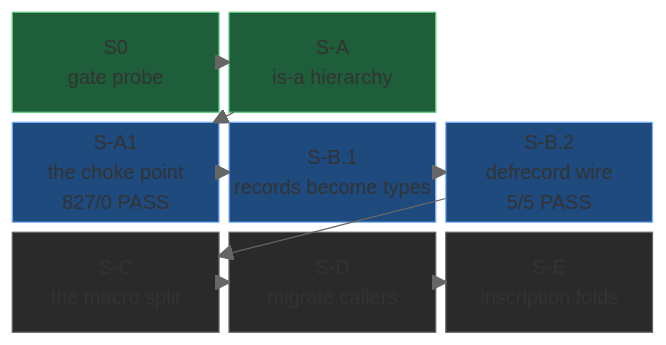
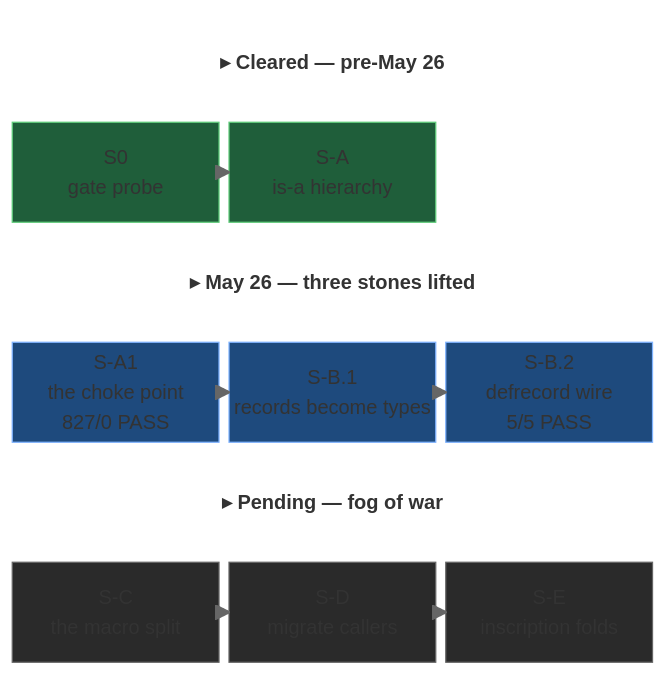
The diagram in src/content/docs/blog/story/series-006-019-records-become-types.md (watmin/algebraic-intelligence.dev), drawn with Mermaid (neutral theme) before and after one commit.

Commit message:
story: 019 boss-map — add row headers + drop diagonal wrap arrows
Two refinements on the block-beta grid:

- Row headers as column-spanning blocks (Cleared / May 26 / Pending),
  styled transparent (no border, no fill) so they read as section
  labels rather than content blocks. Color matches the row theme.

- Dropped the inter-row wrap arrows (SA→SA1, SB2→SC). The row headers
  carry the temporal progression; the diagonal arrows across the
  grid were visually noisy. Within-row → arrows kept (the sequence
  within each phase still matters).

````diff
--- a/src/content/docs/blog/story/series-006-019-records-become-types.md
+++ b/src/content/docs/blog/story/series-006-019-records-become-types.md
@@ -24,28 +24,35 @@
 ```mermaid
 block-beta
     columns 3
+    HD1["▸ Cleared — pre-May 26"]:3
     S0["S0<br/>gate probe"] SA["S-A<br/>is-a hierarchy"] space
+    HD2["▸ May 26 — three stones lifted"]:3
     SA1["S-A1<br/>the choke point<br/>827/0 PASS"] SB1["S-B.1<br/>records become types"] SB2["S-B.2<br/>defrecord wire<br/>5/5 PASS"]
+    HD3["▸ Pending — fog of war"]:3
     SC["S-C<br/>the macro split"] SD["S-D<br/>migrate callers"] SE["S-E<br/>inscription folds"]
 
     S0 --> SA
-    SA --> SA1
     SA1 --> SB1
     SB1 --> SB2
-    SB2 --> SC
     SC --> SD
     SD --> SE
 
     classDef cleared fill:#1f5e3a,stroke:#5fcc7a,color:#bff6cb
     classDef today fill:#1e4a7d,stroke:#7fb3ff,color:#dde9ff
     classDef pending fill:#2a2a2a,stroke:#666,color:#999
+    classDef hdrCleared fill:transparent,stroke:transparent,color:#5fcc7a,font-weight:600
+    classDef hdrToday fill:transparent,stroke:transparent,color:#7fb3ff,font-weight:600
+    classDef hdrPending fill:transparent,stroke:transparent,color:#888,font-weight:600
 
+    class HD1 hdrCleared
+    class HD2 hdrToday
+    class HD3 hdrPending
     class S0 cleared
     class SA cleared
     class SA1 today
     class SB1 today
     class SB2 today
     class SC pending
     class SD pending
     class SE pending
 ```
````
